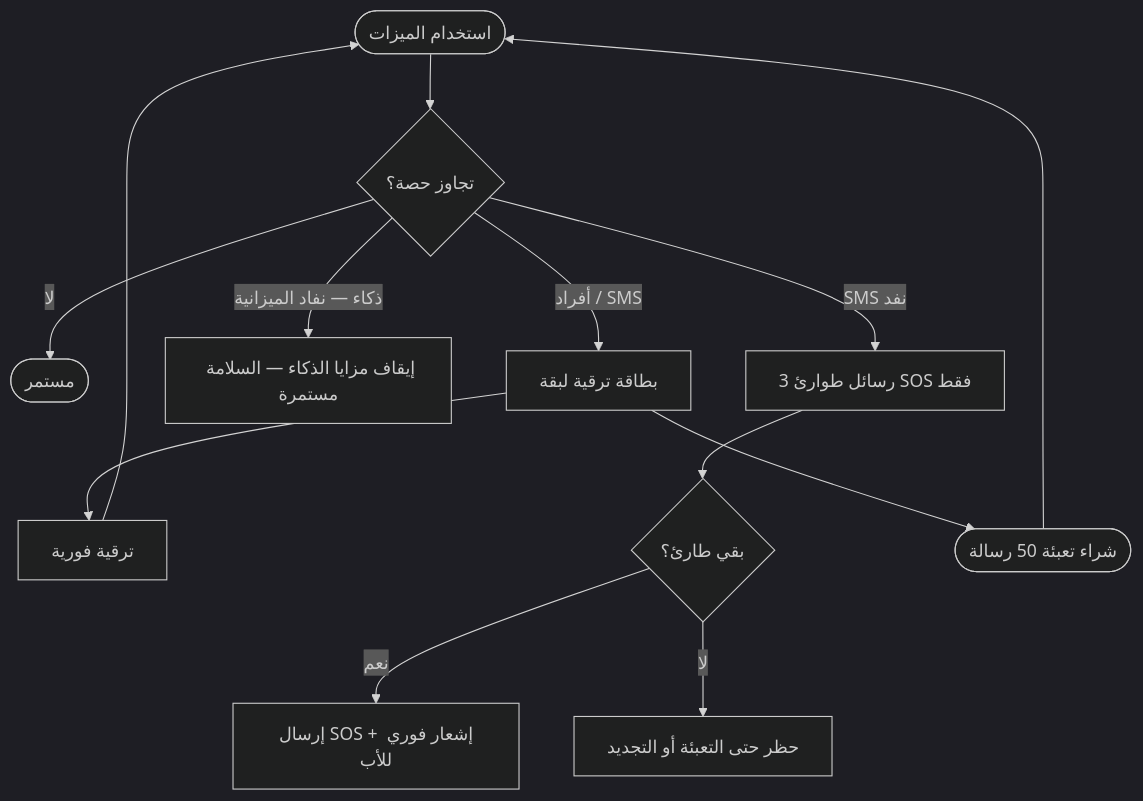
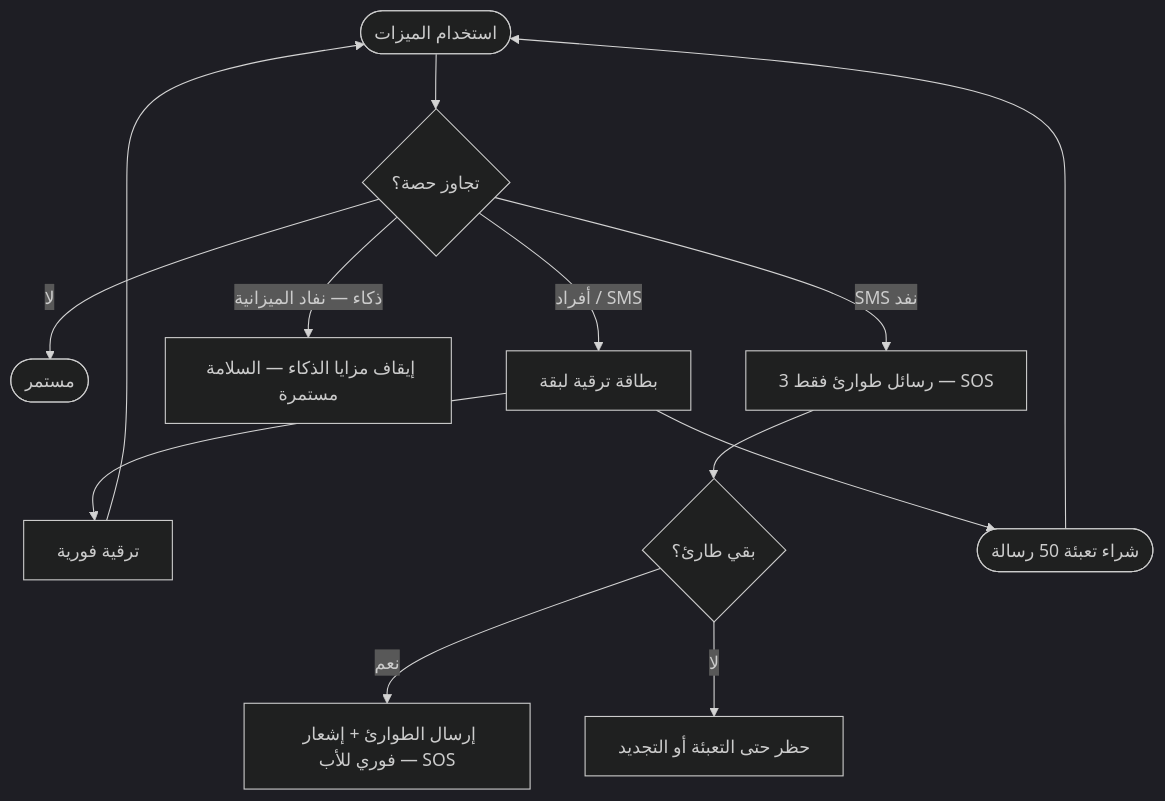
One commit to Bassam-mohammed-alqaeadi/family-os-v2 changed diagram 16 of 25 in docs/family-os/governance/phases/phase-1/S1-04-plans-and-subscriptions/DIAGRAMS.md. Above: the diagram before and after it, drawn with Mermaid (dark theme). The commit also changed other lines of this file, not shown here.

````diff
--- a/docs/family-os/governance/phases/phase-1/S1-04-plans-and-subscriptions/DIAGRAMS.md
+++ b/docs/family-os/governance/phases/phase-1/S1-04-plans-and-subscriptions/DIAGRAMS.md
@@ -581,15 +615,15 @@
 ```mermaid
 flowchart TD
     C1([استخدام الميزات]) --> C2{تجاوز حصة؟}
     C2 -->|لا| C3([مستمر])
     C2 -->|أفراد / SMS| C4[بطاقة ترقية لبقة]
     C2 -->|ذكاء — نفاد الميزانية| C5[إيقاف مزايا الذكاء — السلامة مستمرة]
     C4 --> C6[ترقية فورية]
     C6 --> C1
-    C2 -->|SMS نفد| C7[3 رسائل طوارئ SOS فقط]
+    C2 -->|SMS نفد| C7[3 رسائل طوارئ فقط — SOS]
     C7 --> C8{بقي طارئ؟}
-    C8 -->|نعم| C9[إرسال SOS + إشعار فوري للأب]
+    C8 -->|نعم| C9[إرسال الطوارئ + إشعار فوري للأب — SOS]
     C8 -->|لا| C10[حظر حتى التعبئة أو التجديد]
     C4 --> C11([شراء تعبئة 50 رسالة])
     C11 --> C1
 ```
````
